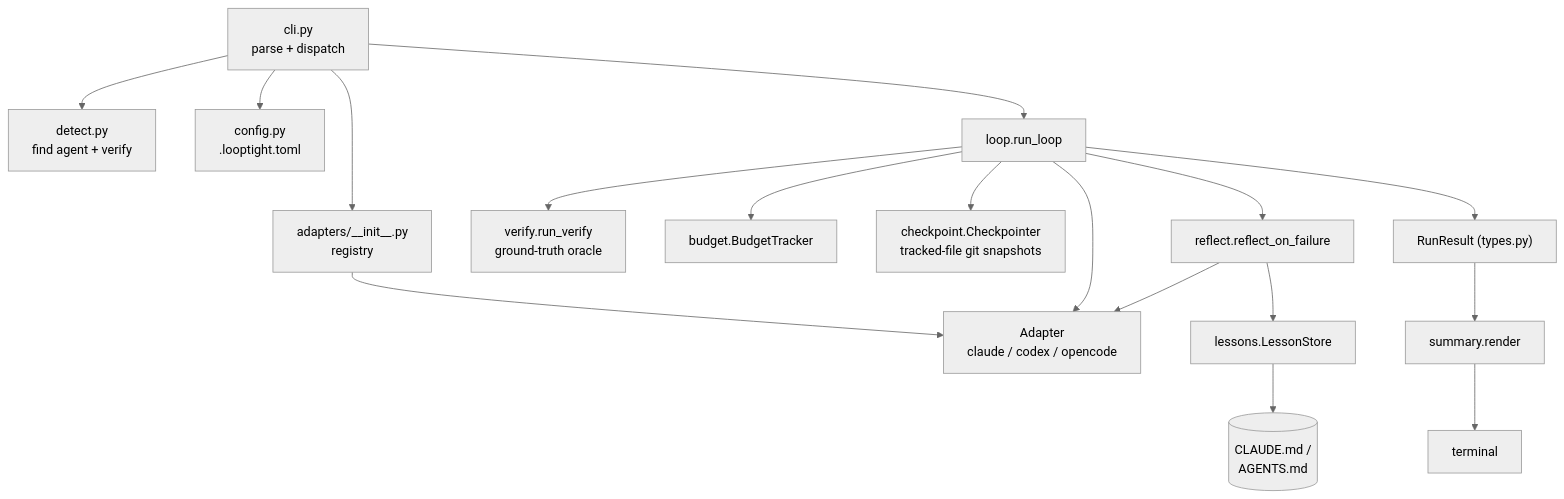
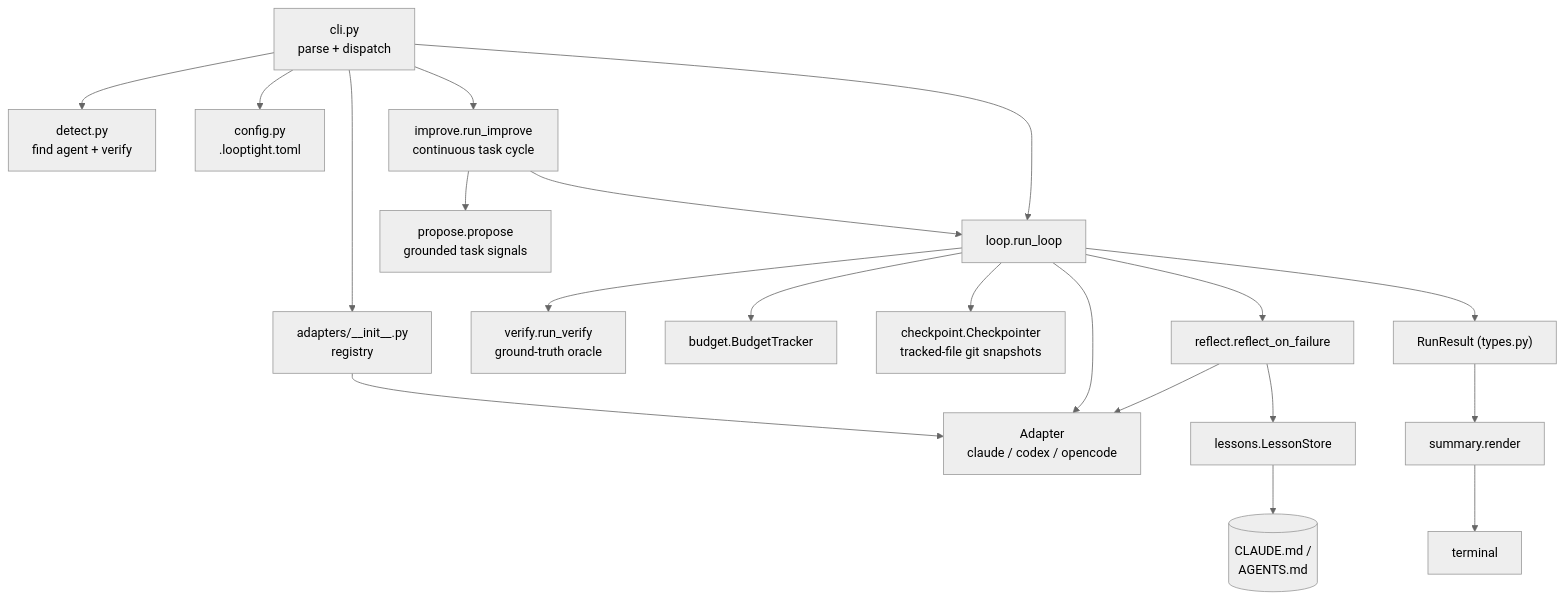
Before and after one commit to andrewli8/looptight: the first of 4 diagrams in docs/architecture.md, drawn with Mermaid (neutral theme). The commit also changed other lines of this file and 8 other files, not shown here.

Commit message:
feat: add continuous improve command

````diff
--- a/docs/architecture.md
+++ b/docs/architecture.md
@@ -12,35 +12,40 @@
 ```mermaid
 flowchart TD
     CLI["cli.py<br/>parse + dispatch"]
     DET["detect.py<br/>find agent + verify"]
     CFG["config.py<br/>.looptight.toml"]
     REG["adapters/__init__.py<br/>registry"]
     ADP["Adapter<br/>claude / codex / opencode"]
     LOOP["loop.run_loop"]
+    IMP["improve.run_improve<br/>continuous task cycle"]
+    PROP["propose.propose<br/>grounded task signals"]
     VER["verify.run_verify<br/>ground-truth oracle"]
     BUD["budget.BudgetTracker"]
     CHK["checkpoint.Checkpointer<br/>tracked-file git snapshots"]
     REF["reflect.reflect_on_failure"]
     STORE["lessons.LessonStore"]
     MEM[("CLAUDE.md /<br/>AGENTS.md")]
     RES["RunResult (types.py)"]
     SUM["summary.render"]
     OUT["terminal"]
 
     CLI --> DET
     CLI --> CFG
+    CLI --> IMP
+    IMP --> PROP
+    IMP --> LOOP
     CLI --> REG
     REG --> ADP
     CLI --> LOOP
     LOOP --> ADP
     LOOP --> VER
     LOOP --> BUD
     LOOP --> CHK
     LOOP --> REF
     REF --> ADP
     REF --> STORE
     STORE --> MEM
     LOOP --> RES
     RES --> SUM
     SUM --> OUT
 ```
````
